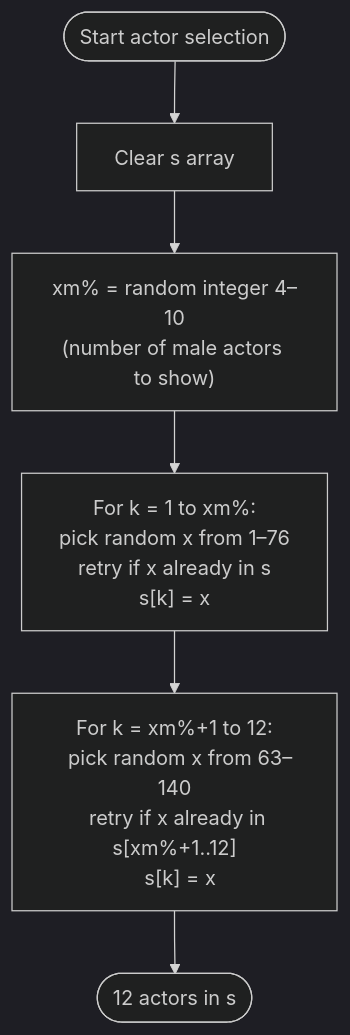
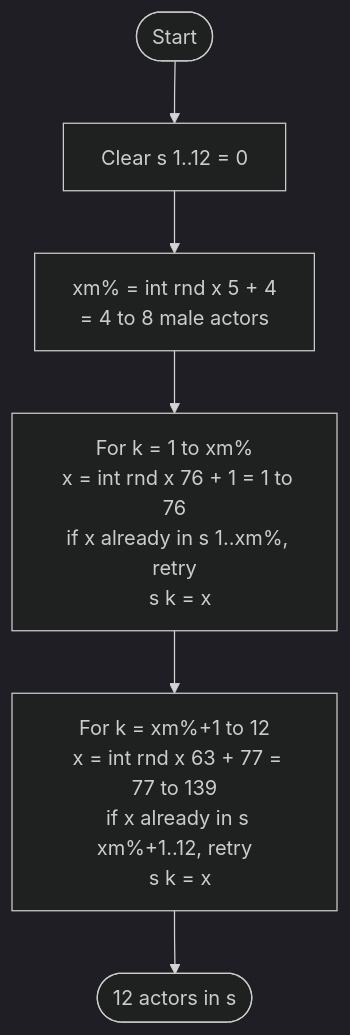
One commit to mcornell/movie-mogul changed the second of 3 diagrams in docs/game-analysis.md. Above: the diagram before and after it, drawn with Mermaid (dark theme). The commit also changed other lines of this file and 1 other file, not shown here.

````diff
--- a/docs/game-analysis.md
+++ b/docs/game-analysis.md
@@ -93,8 +118,8 @@
 ```mermaid
 flowchart TD
-    A([Start actor selection]) --> B[Clear s array]
-    B --> C["xm% = random integer 4–10\n(number of male actors to show)"]
-    C --> D["For k = 1 to xm%:\n  pick random x from 1–76\n  retry if x already in s\n  s[k] = x"]
-    D --> E["For k = xm%+1 to 12:\n  pick random x from 63–140\n  retry if x already in s[xm%+1..12]\n  s[k] = x"]
+    A([Start]) --> B[Clear s 1..12 = 0]
+    B --> C[xm% = int rnd x 5 + 4\n= 4 to 8 male actors]
+    C --> D[For k = 1 to xm%\n  x = int rnd x 76 + 1 = 1 to 76\n  if x already in s 1..xm%, retry\n  s k = x]
+    D --> E[For k = xm%+1 to 12\n  x = int rnd x 63 + 77 = 77 to 139\n  if x already in s xm%+1..12, retry\n  s k = x]
     E --> F([12 actors in s])
 ```
````
